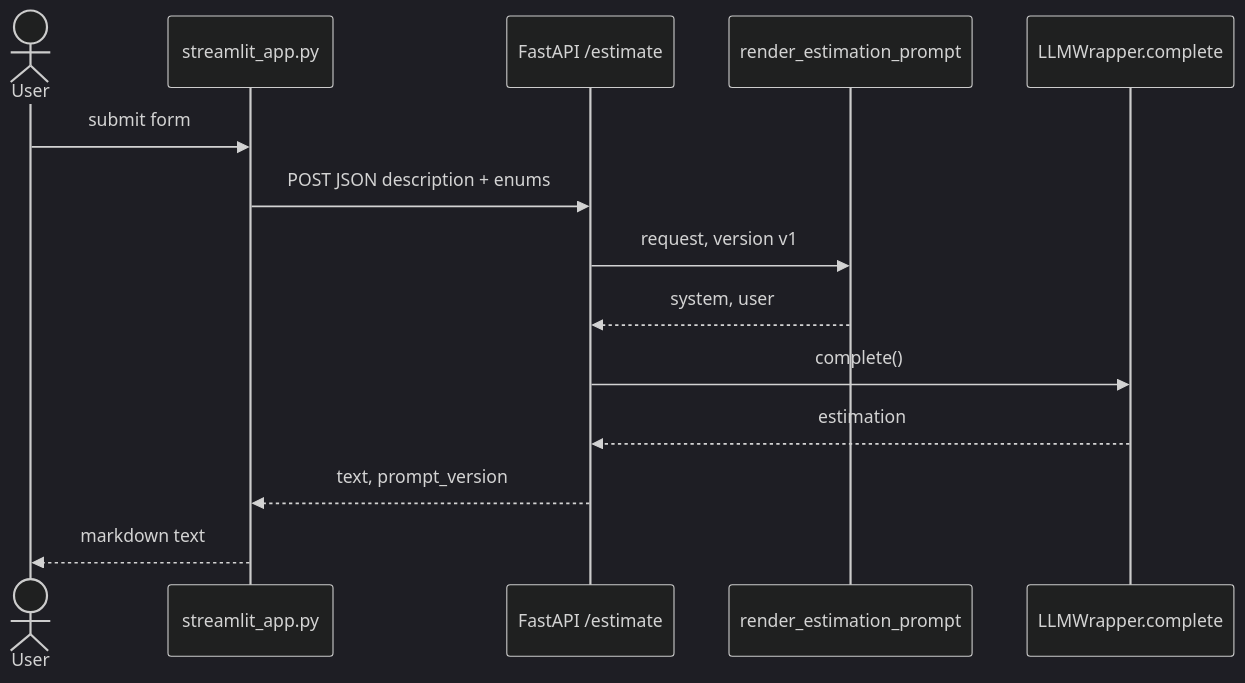
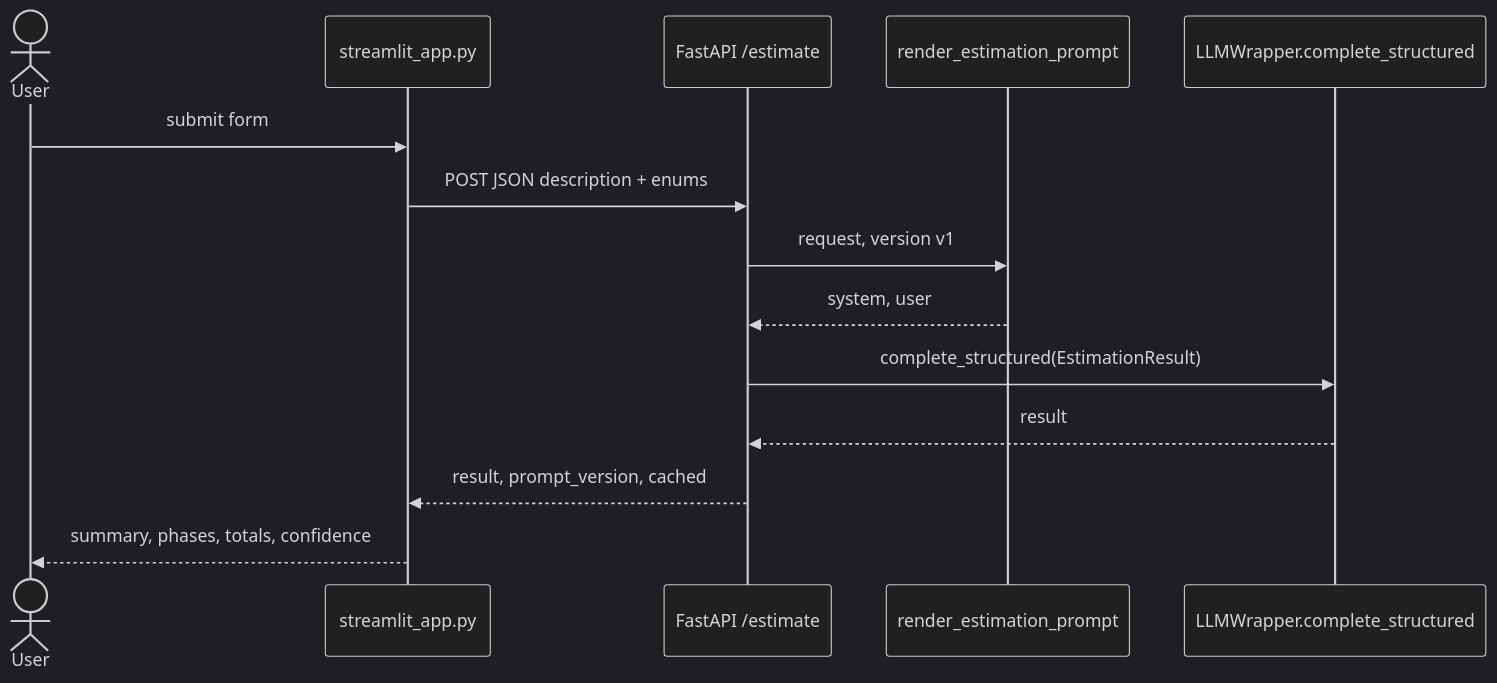
Before and after one commit to morales4dev/ai-engineering: the diagram in estimador-cag/README.md, drawn with Mermaid (dark theme). The commit also changed other lines of this file and 10 other files, not shown here.

Commit message:
Add EstimationResult + Instructor so /estimate returns a validated structured result.

````diff
--- a/estimador-cag/README.md
+++ b/estimador-cag/README.md
@@ -74,17 +74,17 @@
 ```mermaid
 sequenceDiagram
     actor User
     participant UI as streamlit_app.py
     participant API as FastAPI /estimate
     participant Loader as render_estimation_prompt
-    participant W as LLMWrapper.complete
+    participant W as LLMWrapper.complete_structured
 
     User->>UI: submit form
     UI->>API: POST JSON description + enums
     API->>Loader: request, version v1
     Loader-->>API: system, user
-    API->>W: complete()
-    W-->>API: estimation
-    API-->>UI: text, prompt_version
-    UI-->>User: markdown text
+    API->>W: complete_structured(EstimationResult)
+    W-->>API: result
+    API-->>UI: result, prompt_version, cached
+    UI-->>User: summary, phases, totals, confidence
 ```
````
